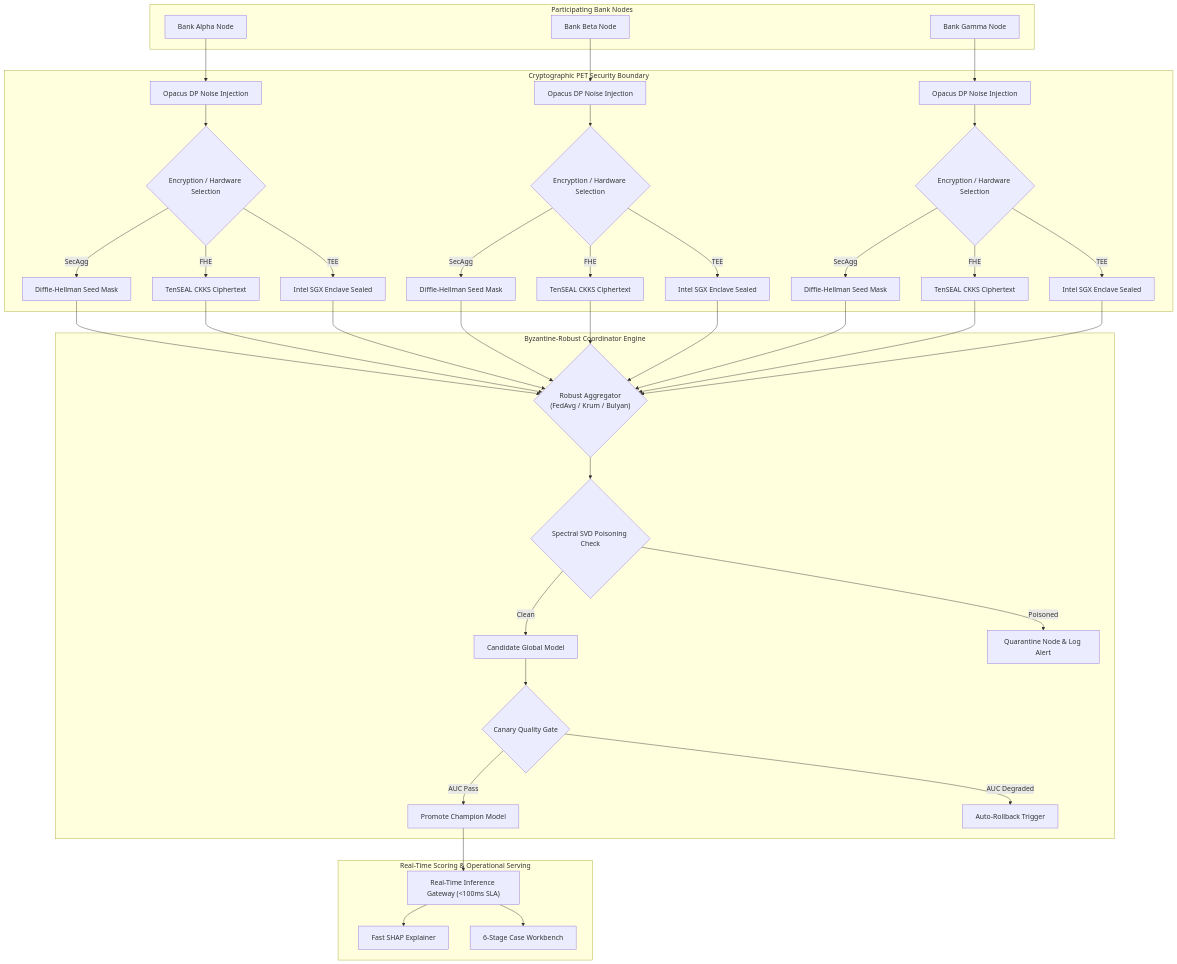
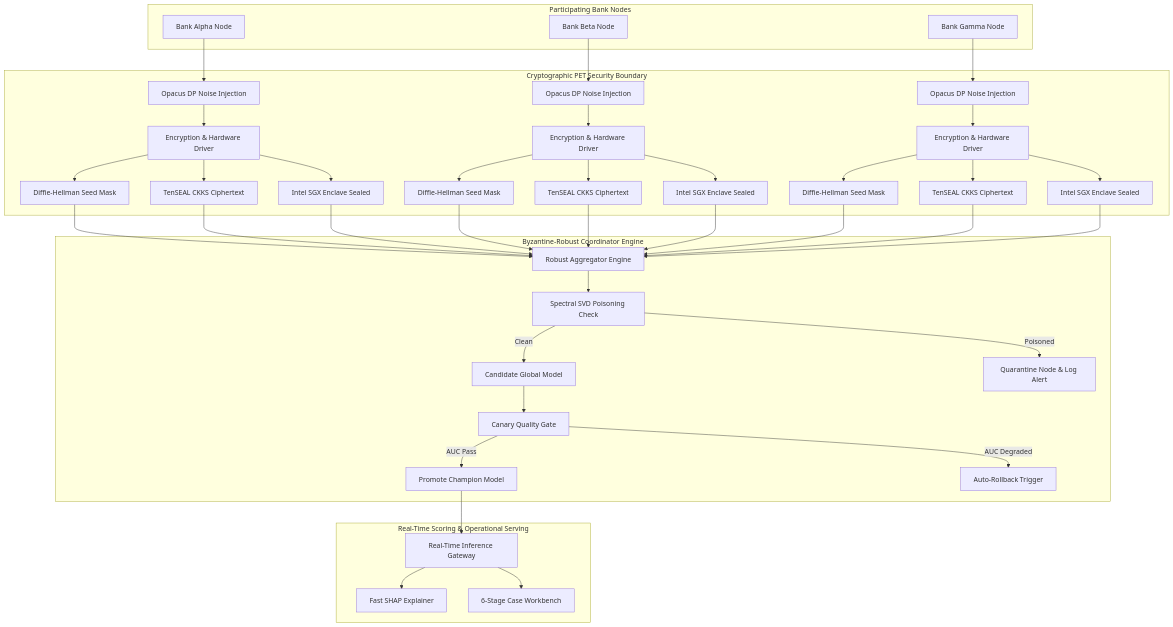
The first of 2 diagrams in README.md (yusufcalisir/CF-Intelligence), drawn with Mermaid before and after one commit. The commit also changed other lines of this file, not shown here.

Commit message:
fix(docs): resolve ASCII box right border alignment in 2.1 and fix Mermaid diagram syntax in 2.2 for GitHub rendering

````diff
--- a/README.md
+++ b/README.md
@@ -91,46 +91,55 @@
 ```mermaid
 flowchart TD
     subgraph Banks["Participating Bank Nodes"]
         A["Bank Alpha Node"]
         B["Bank Beta Node"]
         C["Bank Gamma Node"]
     end
 
     subgraph PETs["Cryptographic PET Security Boundary"]
         A --> DP1["Opacus DP Noise Injection"]
         B --> DP2["Opacus DP Noise Injection"]
         C --> DP3["Opacus DP Noise Injection"]
         
-        DP1 --> PET1{"Encryption / Hardware Selection"}
-        DP2 --> PET2{"Encryption / Hardware Selection"}
-        DP3 --> PET3{"Encryption / Hardware Selection"}
+        DP1 --> PET1["Encryption & Hardware Driver"]
+        DP2 --> PET2["Encryption & Hardware Driver"]
+        DP3 --> PET3["Encryption & Hardware Driver"]
         
-        PET1 -->|SecAgg| SA1["Diffie-Hellman Seed Mask"]
-        PET1 -->|FHE| FHE1["TenSEAL CKKS Ciphertext"]
-        PET1 -->|TEE| TEE1["Intel SGX Enclave Sealed"]
+        PET1 --> SA1["Diffie-Hellman Seed Mask"]
+        PET1 --> FHE1["TenSEAL CKKS Ciphertext"]
+        PET1 --> TEE1["Intel SGX Enclave Sealed"]
         
-        PET2 -->|SecAgg| SA2["Diffie-Hellman Seed Mask"]
-        PET2 -->|FHE| FHE2["TenSEAL CKKS Ciphertext"]
-        PET2 -->|TEE| TEE2["Intel SGX Enclave Sealed"]
+        PET2 --> SA2["Diffie-Hellman Seed Mask"]
+        PET2 --> FHE2["TenSEAL CKKS Ciphertext"]
+        PET2 --> TEE2["Intel SGX Enclave Sealed"]
 
-        PET3 -->|SecAgg| SA3["Diffie-Hellman Seed Mask"]
-        PET3 -->|FHE| FHE3["TenSEAL CKKS Ciphertext"]
-        PET3 -->|TEE| TEE3["Intel SGX Enclave Sealed"]
+        PET3 --> SA3["Diffie-Hellman Seed Mask"]
+        PET3 --> FHE3["TenSEAL CKKS Ciphertext"]
+        PET3 --> TEE3["Intel SGX Enclave Sealed"]
     end
 
     subgraph Server["Byzantine-Robust Coordinator Engine"]
-        SA1 & FHE1 & TEE1 & SA2 & FHE2 & TEE2 & SA3 & FHE3 & TEE3 --> Agg{"Robust Aggregator\n(FedAvg / Krum / Bulyan)"}
-        Agg --> SVD{"Spectral SVD Poisoning Check"}
+        SA1 --> Agg["Robust Aggregator Engine"]
+        FHE1 --> Agg
+        TEE1 --> Agg
+        SA2 --> Agg
+        FHE2 --> Agg
+        TEE2 --> Agg
+        SA3 --> Agg
+        FHE3 --> Agg
+        TEE3 --> Agg
+
+        Agg --> SVD["Spectral SVD Poisoning Check"]
         SVD -->|Clean| Candidate["Candidate Global Model"]
         SVD -->|Poisoned| Quarantine["Quarantine Node & Log Alert"]
-        Candidate --> Canary{"Canary Quality Gate"}
+        Candidate --> Canary["Canary Quality Gate"]
         Canary -->|AUC Pass| Champion["Promote Champion Model"]
         Canary -->|AUC Degraded| Rollback["Auto-Rollback Trigger"]
     end
 
     subgraph Serving["Real-Time Scoring & Operational Serving"]
-        Champion --> Gateway["Real-Time Inference Gateway (<100ms SLA)"]
+        Champion --> Gateway["Real-Time Inference Gateway"]
         Gateway --> SHAP["Fast SHAP Explainer"]
         Gateway --> Workbench["6-Stage Case Workbench"]
     end
 ```
````
